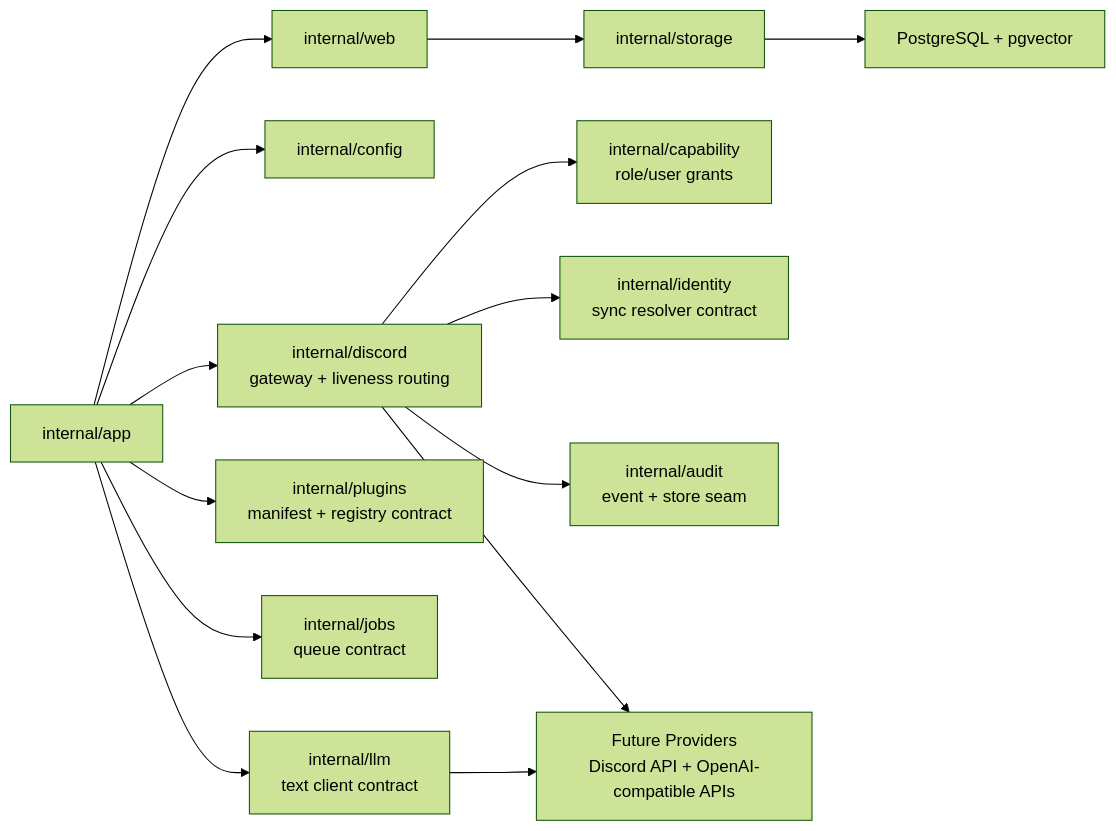
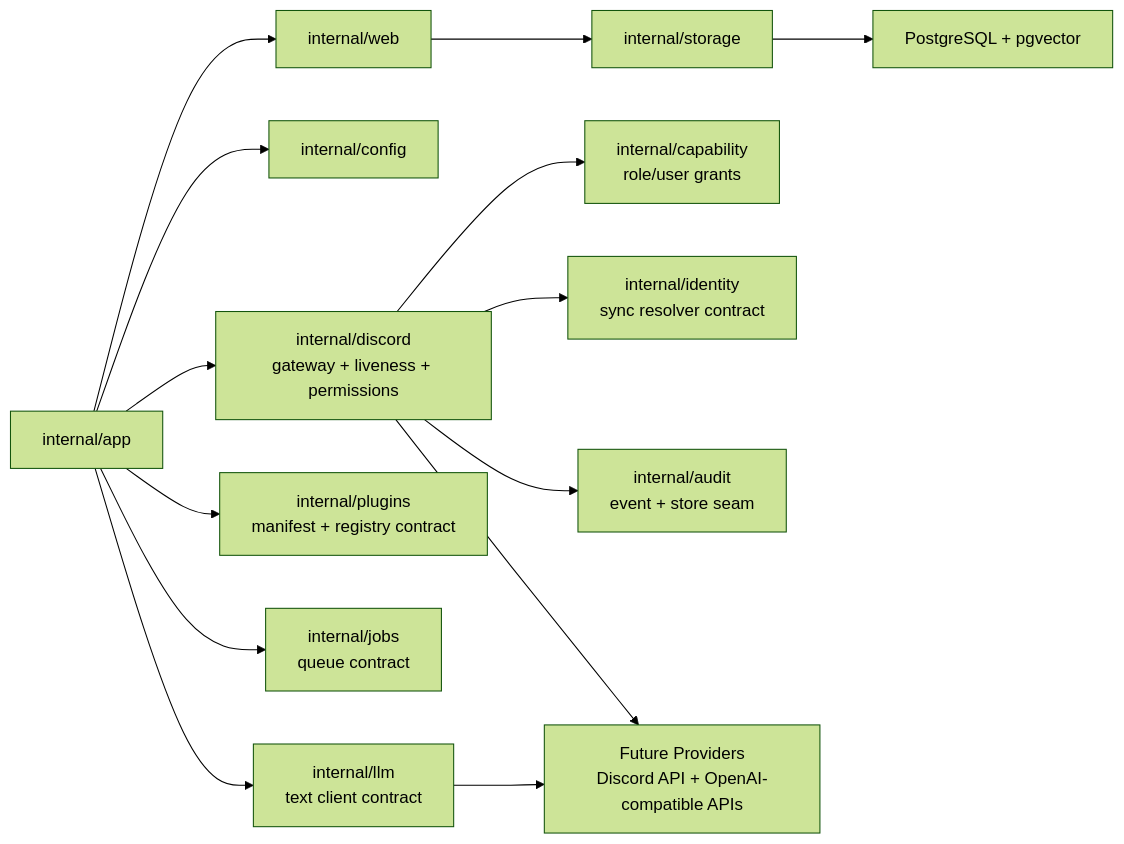
The diagram in docs/diagrams/service-adapters.md (gOps132/GigiDC), drawn with Mermaid (forest theme) before and after one commit. The commit also changed other lines of this file and 36 other files, not shown here.

````diff
--- a/docs/diagrams/service-adapters.md
+++ b/docs/diagrams/service-adapters.md
@@ -10,30 +10,30 @@
 ```mermaid
 flowchart LR
   App["internal/app"]
   Web["internal/web"]
   Config["internal/config"]
   Storage["internal/storage"]
-  Discord["internal/discord<br/>gateway + liveness routing"]
+  Discord["internal/discord<br/>gateway + liveness + permissions"]
   Capability["internal/capability<br/>role/user grants"]
   Identity["internal/identity<br/>sync resolver contract"]
   Audit["internal/audit<br/>event + store seam"]
   Plugins["internal/plugins<br/>manifest + registry contract"]
   Jobs["internal/jobs<br/>queue contract"]
   LLM["internal/llm<br/>text client contract"]
   DB["PostgreSQL + pgvector"]
   Providers["Future Providers<br/>Discord API + OpenAI-compatible APIs"]
 
   App --> Web
   App --> Config
   Web --> Storage
   Storage --> DB
   App --> Discord
   Discord --> Identity
   Discord --> Capability
   Discord --> Audit
   App --> Plugins
   App --> Jobs
   App --> LLM
   Discord --> Providers
   LLM --> Providers
 ```
````
